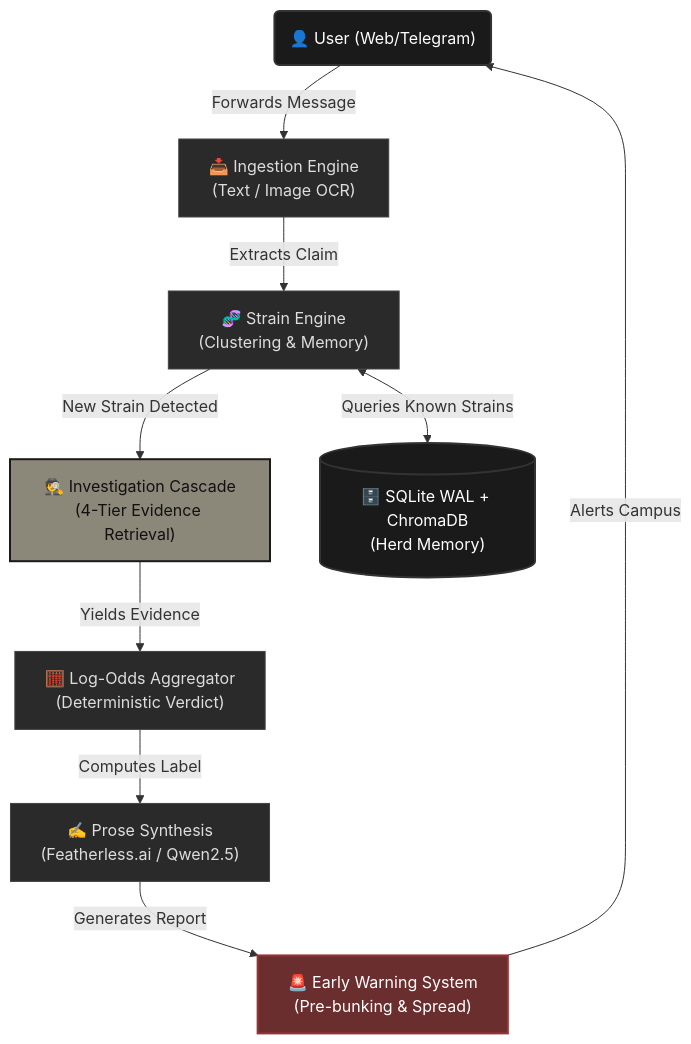
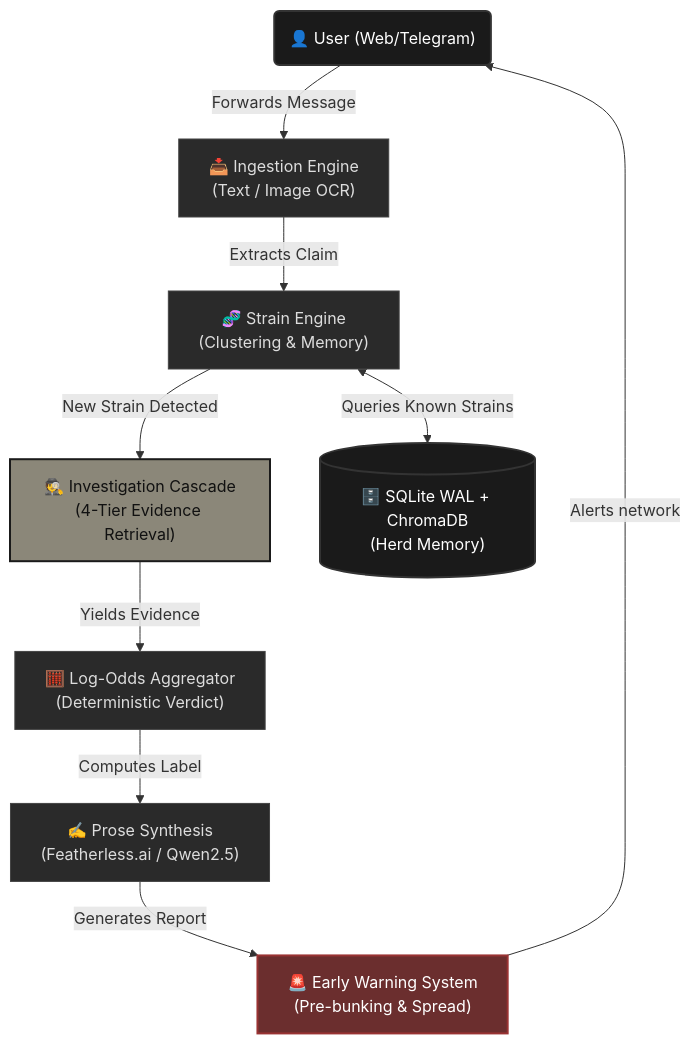
One commit to thirumani-vihaan/herd changed the first of 3 diagrams in README.md. Above: the diagram before and after it, drawn with Mermaid. The commit also changed other lines of this file and 5 other files, not shown here.

````diff
--- a/README.md
+++ b/README.md
@@ -18,28 +18,28 @@
 ```mermaid
 graph TD
     %% Define Styles
     classDef primary fill:#1a1a1a,stroke:#333,stroke-width:2px,color:#fff;
     classDef secondary fill:#2a2a2a,stroke:#444,stroke-width:1px,color:#ddd;
     classDef accent fill:#8B8779,stroke:#1a1a1a,stroke-width:2px,color:#111;
     classDef alert fill:#6b2e2e,stroke:#993333,stroke-width:2px,color:#fff;
 
     %% Nodes
     User("👤 User (Web/Telegram)"):::primary
     Ingestion["📥 Ingestion Engine<br/>(Text / Image OCR)"]:::secondary
     StrainEngine["🧬 Strain Engine<br/>(Clustering & Memory)"]:::secondary
     Cascade["🕵️ Investigation Cascade<br/>(4-Tier Evidence Retrieval)"]:::accent
     Aggregator["🧮 Log-Odds Aggregator<br/>(Deterministic Verdict)"]:::secondary
     Synthesis["✍️ Prose Synthesis<br/>(Featherless.ai / Qwen2.5)"]:::secondary
     DB[("🗄️ SQLite WAL + ChromaDB<br/>(Herd Memory)")]:::primary
     Inoculation["🚨 Early Warning System<br/>(Pre-bunking & Spread)"]:::alert
 
     %% Edges
     User -->|Forwards Message| Ingestion
     Ingestion -->|Extracts Claim| StrainEngine
     StrainEngine <-->|Queries Known Strains| DB
     StrainEngine -->|New Strain Detected| Cascade
     Cascade -->|Yields Evidence| Aggregator
     Aggregator -->|Computes Label| Synthesis
     Synthesis -->|Generates Report| Inoculation
-    Inoculation -->|Alerts Campus| User
+    Inoculation -->|Alerts network| User
 ```
````
